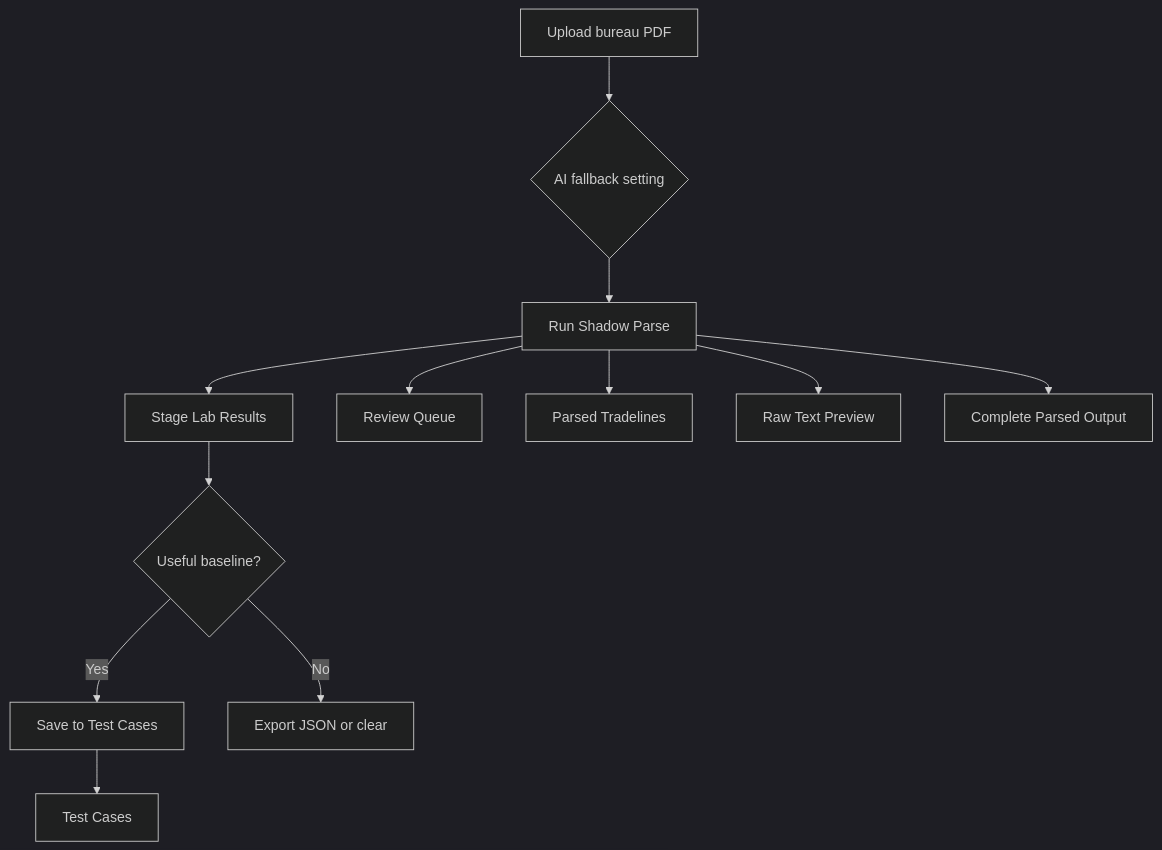
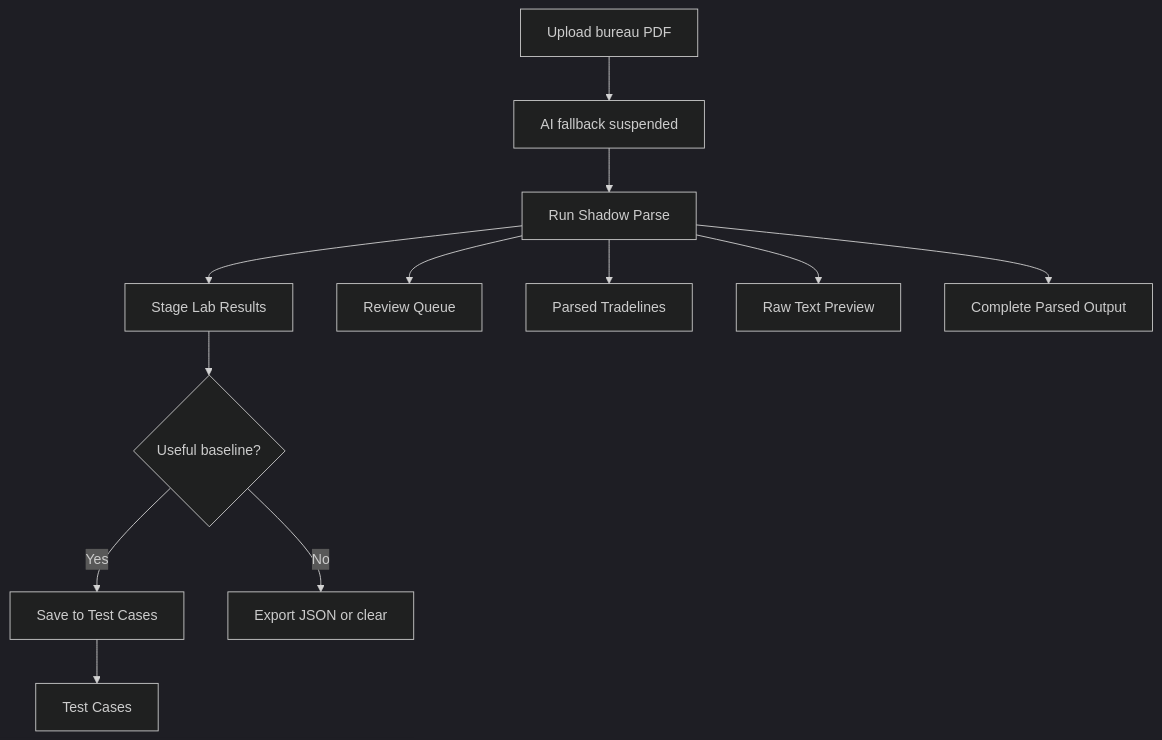
Before and after one commit to dpwebb/creditregulatorpro-prod: the fourth of 7 diagrams in docs/admin-parser-testing-environment-operations-manual.md, drawn with Mermaid (dark theme). The commit also changed other lines of this file and 10 other files, not shown here.

````diff
--- a/docs/admin-parser-testing-environment-operations-manual.md
+++ b/docs/admin-parser-testing-environment-operations-manual.md
@@ -322,14 +322,14 @@
 ```mermaid
 flowchart TB
-  Upload["Upload bureau PDF"] --> Fallback{"AI fallback setting"}
-  Fallback --> Run["Run Shadow Parse"]
+  Upload["Upload bureau PDF"] --> Suspended["AI fallback suspended"]
+  Suspended --> Run["Run Shadow Parse"]
   Run --> Results["Stage Lab Results"]
   Run --> Review["Review Queue"]
   Run --> Tradelines["Parsed Tradelines"]
   Run --> Raw["Raw Text Preview"]
   Run --> Audit["Complete Parsed Output"]
   Results --> Decision{"Useful baseline?"}
   Decision -->|Yes| Save["Save to Test Cases"]
   Decision -->|No| Export["Export JSON or clear"]
   Save --> TestCases["Test Cases"]
 ```
````
